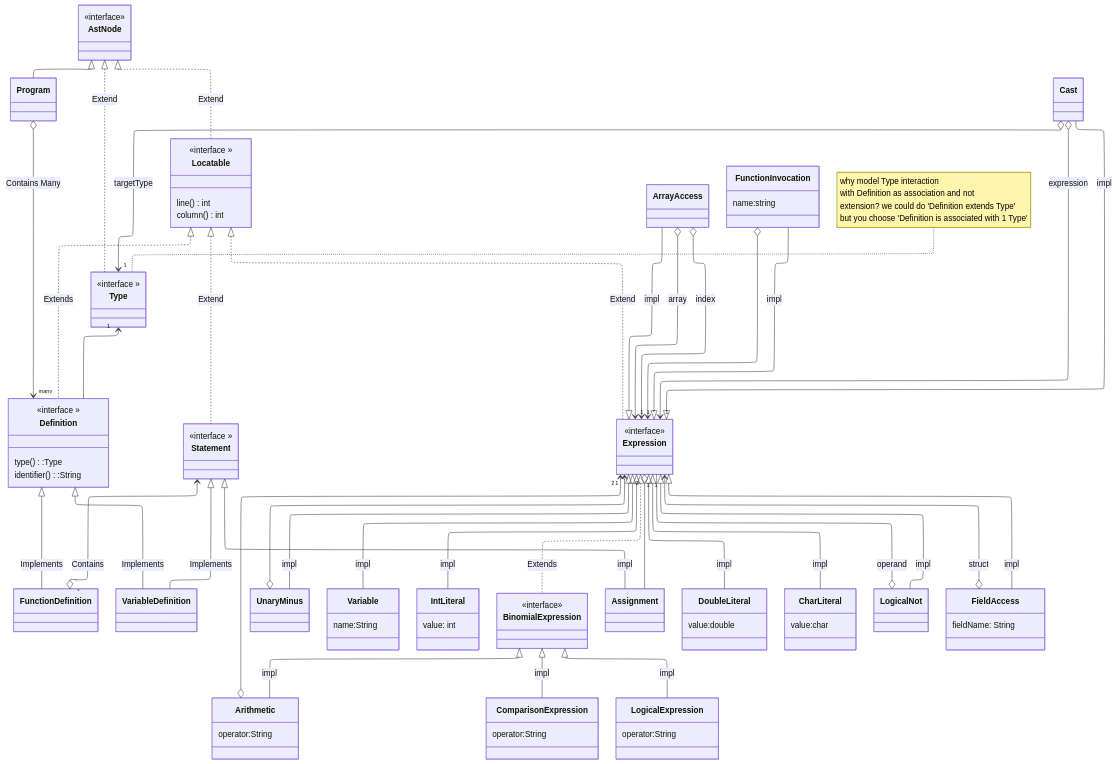
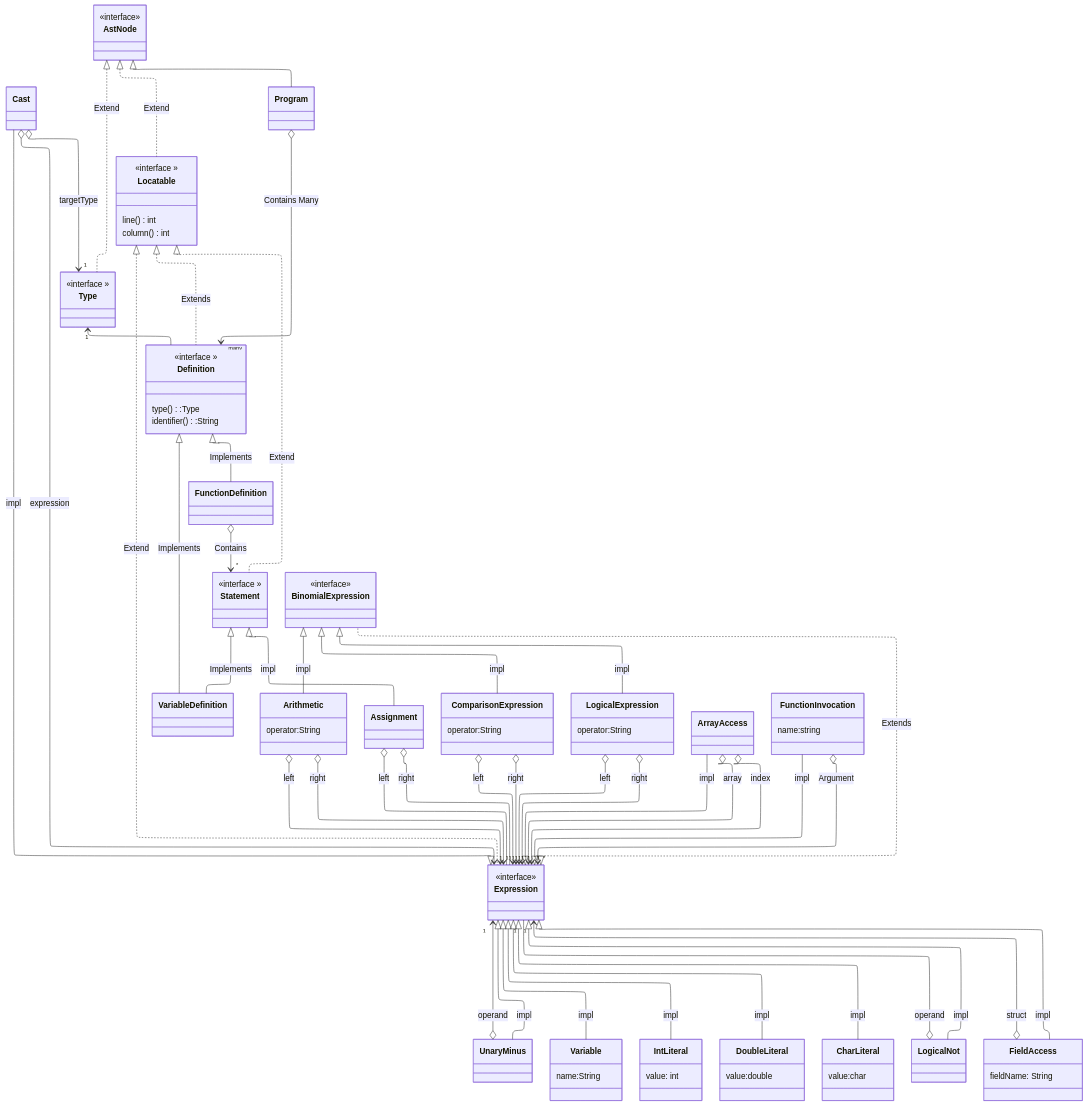
Before and after one commit to CiaranWelsh/c-minus: the diagram in c-minus/AstDesign.mermaid, drawn with Mermaid. The commit also changed other lines of this file, not shown here.

Commit message:
add to expressions in ast design. squash me

```diff
--- a/c-minus/AstDesign.mermaid
+++ b/c-minus/AstDesign.mermaid
@@ -1,167 +1,176 @@
 ---
 config:
   layout: elk
 ---
 classDiagram
     class AstNode {
        <<interface>>
     }
     class Locatable {
         <<interface >>
         line()  int 
         column() int 
     }
     AstNode <|.. Locatable : Extend 
     class Definition{
         <<interface >>
         type():Type
         identifier():String
     }
     class  FunctionDefinition{
     }
     class VariableDefinition{
     }
     Definition <|-- FunctionDefinition:Implements
     Definition <|-- VariableDefinition:Implements
     Locatable <|.. Definition: Extends 
     class  Program {
     }
     AstNode <|-- Program
     Program o--> "many" Definition: Contains Many 
     class Type{
         <<interface >>
     }
     AstNode <|.. Type:Extend
     Type "1" <--  Definition
-    note for Type "why model Type interaction
-    with Definition as association and not
-    extension? we could do 'Definition extends Type' 
-    but you choose 'Definition is associated with 1 Type'"
+
     class Statement{
         <<interface >>
     }
     Locatable <|..  Statement :Extend
-    Statement <--o "*" FunctionDefinition : Contains 
+    FunctionDefinition o--> "*" Statement : Contains
+
     Statement <|-- VariableDefinition : Implements
     class Expression{
         <<interface>>
     }
 
+    
+    class UnaryMinus{
+    
+    }
+    
 
-    class UnaryMinus{
-
-    }
-
-
-
+    
     class Variable {
         name:String
     }
     class IntLiteral{
         value: int
     }
     class Arithmetic{
         operator:String
     }
     Expression <|-- UnaryMinus:impl 
     Expression <|-- Variable:impl 
     Expression <|-- IntLiteral:impl 
     BinomialExpression <|-- Arithmetic:impl 
-    Expression "1" <--o UnaryMinus 
-    Expression "2" <--o Arithmetic  
+    UnaryMinus o--> "1" Expression : operand 
     Locatable <|.. Expression: Extend
 
 
     class Assignment{
 
     }
 
     Statement <|-- Assignment:impl
 
-    Expression "2" o-- Assignment
-
+    Assignment o--  "1" Expression :left 
+    Assignment o--  "1" Expression :right
     class DoubleLiteral {
         value:double
     }
 
     class CharLiteral{
         value:char
     }
 
     %% cast is an expression that contains a type to cast into and an 
     %% expression that needs to be evaluated to a type that can be cast to type
     class Cast{
     }
     Cast o--> "1" Type: targetType
     Cast o--> "1" Expression: expression
 
     Expression <|-- DoubleLiteral:impl
 
     Expression <|-- CharLiteral:impl
         Expression <|-- Cast:impl
 
 
     class BinomialExpression{
         <<interface>>
     }
 
     Expression <|.. BinomialExpression:Extends
 
 
     class LogicalNot{
 
     }
     Expression <|-- LogicalNot:impl 
     LogicalNot o-- "1" Expression: operand
 
 
 
     class ComparisonExpression{
         operator:String
 
     }
 
     BinomialExpression <|-- ComparisonExpression:impl
 
+    %% ComparisonExpression needs its two operands
+    ComparisonExpression o--> "1" Expression : left
+    ComparisonExpression o--> "1" Expression : right
+
+    %% LogicalExpression needs its two operands  
+    LogicalExpression o--> "1" Expression : left
+    LogicalExpression o--> "1" Expression : right
+
+    %% Arithmetic Node needs its two operands  
+    Arithmetic o--> "1" Expression : left
+    Arithmetic o--> "1" Expression : right
 
 
+    
     class LogicalExpression{
 
         operator:String  
     }
 
     BinomialExpression <|-- LogicalExpression:impl
 
 
     %% array access requires both an index expression and an array expression.
     %% that is, ArrayAccess has one expression that evaluates to an array
     %% like `getArray()` and another which evaluates to an index `4+1` 
-
+    
     class ArrayAccess{
-
+    
     }
 
     Expression <|-- ArrayAccess :impl
     ArrayAccess o--> "1" Expression: array
     ArrayAccess o--> "1" Expression: index
 
 
     %% call_func()
     class FunctionInvocation{
         name:string
     }
     %% argument list is basically a list of 0 or more expressions
     Expression <|-- FunctionInvocation: impl
-    FunctionInvocation o--> "*" Expression
+    FunctionInvocation o--> "*" Expression: Argument 
 
 
-
-
+    
+        
     %% expression.string
     %% the lhs can evaluate to a struct, like getCar().model
     %% rhs is not expression. just a string identifier because it cannot evaluate to anything
     class FieldAccess {
         fieldName: String
     }
     Expression <|-- FieldAccess : impl
     FieldAccess o--> "1" Expression : struct
```
